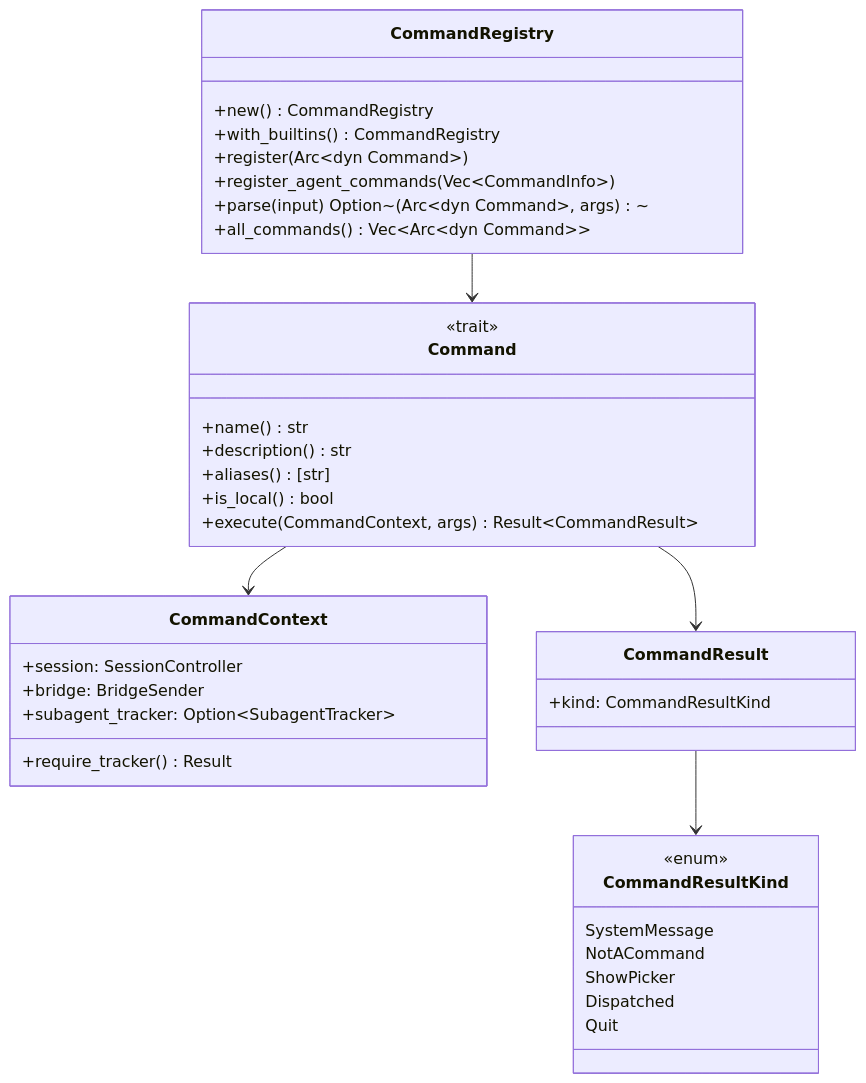
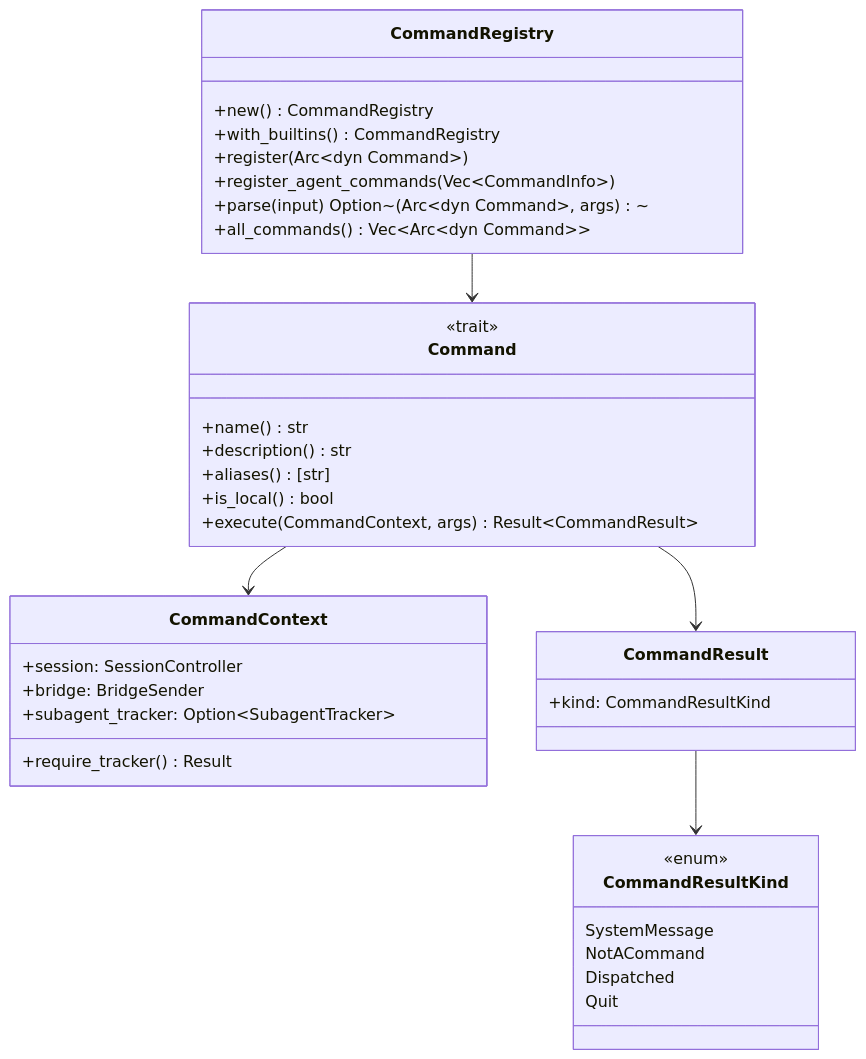
Before and after one commit to dwalleck/cyril: the fifth of 7 diagrams in .agents/summary/interfaces.md, drawn with Mermaid. The commit also changed 8 other files, not shown here.

````diff
--- a/.agents/summary/interfaces.md
+++ b/.agents/summary/interfaces.md
@@ -147,45 +147,44 @@
 ```mermaid
 classDiagram
     class Command {
         <<trait>>
         +name() str
         +description() str
         +aliases() [str]
         +is_local() bool
         +execute(CommandContext, args) Result~CommandResult~
     }
 
     class CommandRegistry {
         +new() CommandRegistry
         +with_builtins() CommandRegistry
         +register(Arc~dyn Command~)
         +register_agent_commands(Vec~CommandInfo~)
         +parse(input) Option~(Arc~dyn Command~, args)~
         +all_commands() Vec~Arc~dyn Command~~
     }
 
     class CommandContext {
         +session: SessionController
         +bridge: BridgeSender
         +subagent_tracker: Option~SubagentTracker~
         +require_tracker() Result
     }
 
     class CommandResult {
         +kind: CommandResultKind
     }
 
     class CommandResultKind {
         <<enum>>
         SystemMessage
         NotACommand
-        ShowPicker
         Dispatched
         Quit
     }
 
     CommandRegistry --> Command
     Command --> CommandContext
     Command --> CommandResult
     CommandResult --> CommandResultKind
 ```
````
